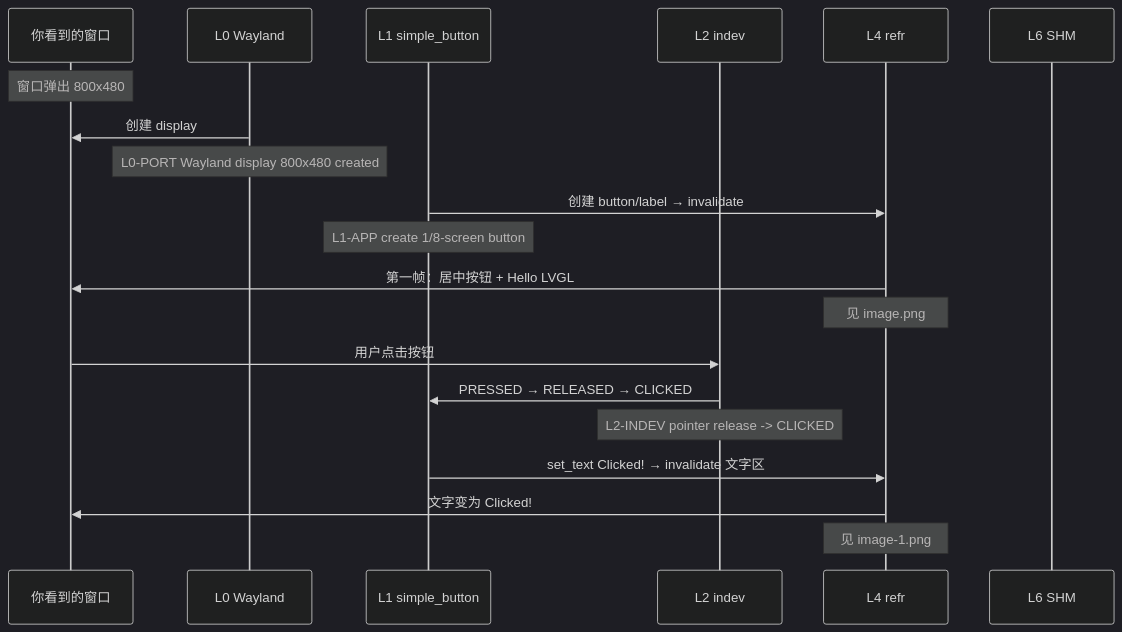
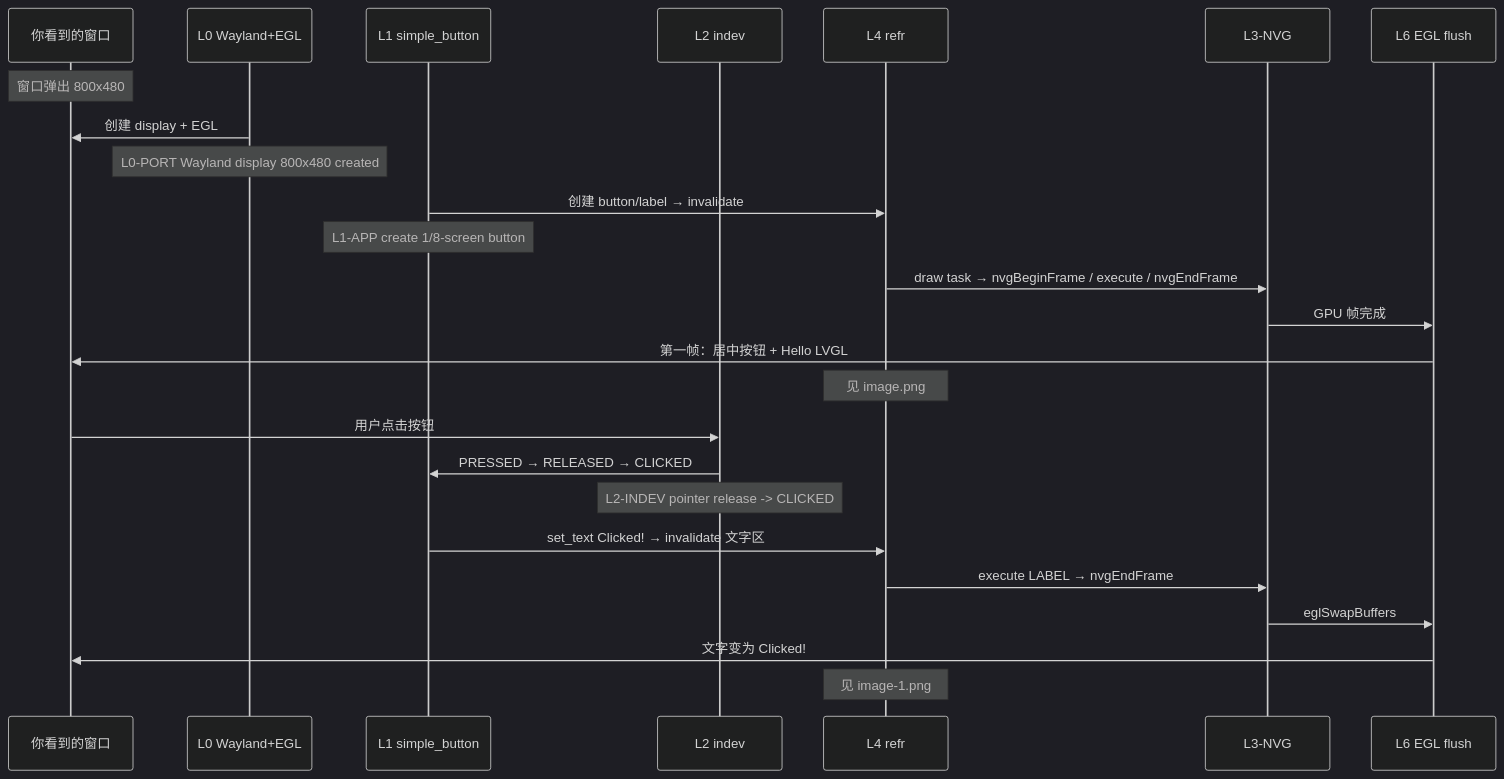
Before and after one commit to ganzhong007/lv_port_linux: the first of 5 diagrams in docs/simple_button_guide.md, drawn with Mermaid (dark theme). The commit also changed other lines of this file and 18 other files, not shown here.

````diff
--- a/docs/simple_button_guide.md
+++ b/docs/simple_button_guide.md
@@ -142,27 +157,32 @@
 ```mermaid
 sequenceDiagram
     participant UI as 你看到的窗口
-    participant L0 as L0 Wayland
+    participant L0 as L0 Wayland+EGL
     participant L1 as L1 simple_button
     participant L2 as L2 indev
     participant L4 as L4 refr
-    participant L6 as L6 SHM
+    participant NVG as L3-NVG
+    participant L6 as L6 EGL flush
 
     Note over UI: 窗口弹出 800x480
-    L0->>UI: 创建 display
+    L0->>UI: 创建 display + EGL
     Note over L0: L0-PORT Wayland display 800x480 created
 
     L1->>L4: 创建 button/label → invalidate
     Note over L1: L1-APP create 1/8-screen button
 
-    L4->>UI: 第一帧：居中按钮 + Hello LVGL
+    L4->>NVG: draw task → nvgBeginFrame / execute / nvgEndFrame
+    NVG->>L6: GPU 帧完成
+    L6->>UI: 第一帧：居中按钮 + Hello LVGL
     Note over L4: 见 image.png
 
     UI->>L2: 用户点击按钮
     L2->>L1: PRESSED → RELEASED → CLICKED
     Note over L2: L2-INDEV pointer release -> CLICKED
 
     L1->>L4: set_text Clicked! → invalidate 文字区
-    L4->>UI: 文字变为 Clicked!
+    L4->>NVG: execute LABEL → nvgEndFrame
+    NVG->>L6: eglSwapBuffers
+    L6->>UI: 文字变为 Clicked!
     Note over L4: 见 image-1.png
 ```
````
